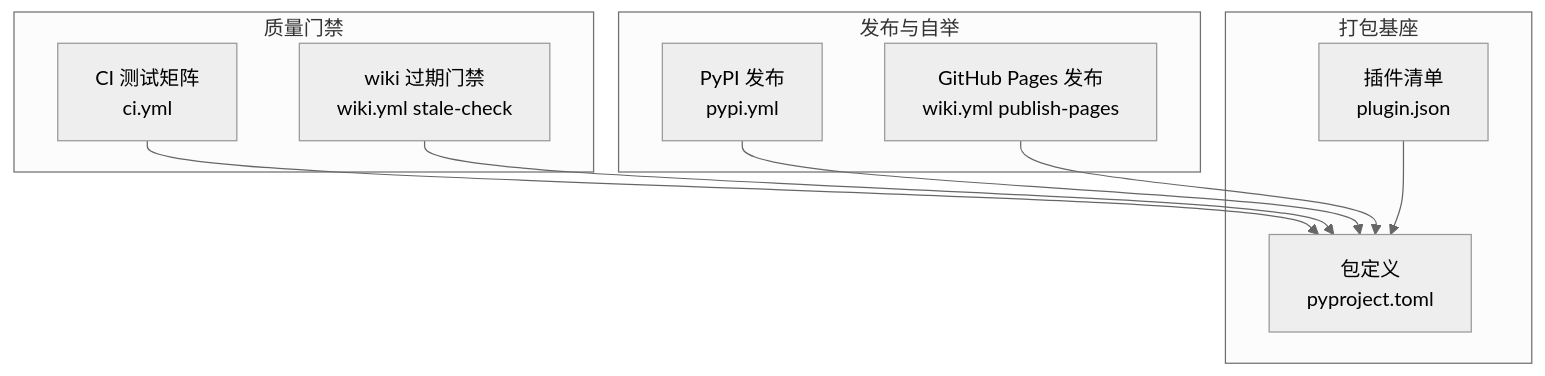
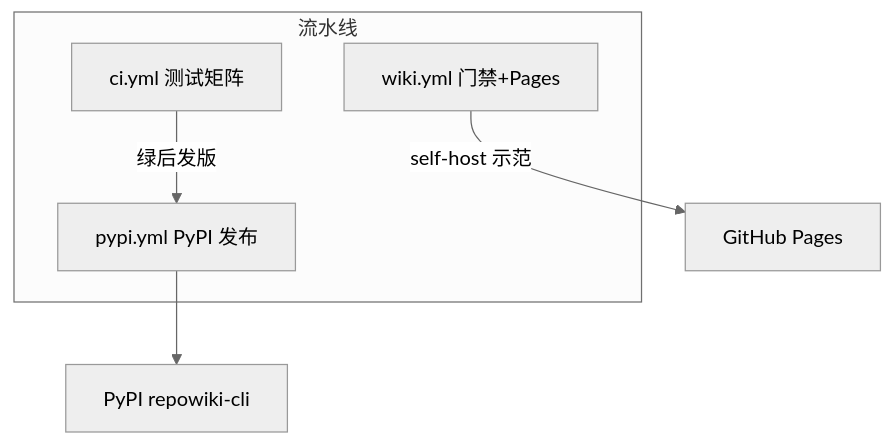
The first of 3 diagrams in .repowiki/zh/content/测试与工程化/CI 与发布流水线.md (luomsis/repowiki), drawn with Mermaid (neutral theme) before and after one commit. The commit also changed other lines of this file and 100 other files, not shown here.

````diff
--- a/.repowiki/zh/content/测试与工程化/CI 与发布流水线.md
+++ b/.repowiki/zh/content/测试与工程化/CI 与发布流水线.md
@@ -37,20 +40,11 @@
 ```mermaid
 graph TB
-subgraph "质量门禁"
-CI["CI 测试矩阵<br/>ci.yml"]
-STALE["wiki 过期门禁<br/>wiki.yml stale-check"]
+subgraph "流水线"
+CIJ["ci.yml 测试矩阵"]
+PYJ["pypi.yml PyPI 发布"]
+WIJ["wiki.yml 门禁+Pages"]
 end
-subgraph "发布与自举"
-PYPI["PyPI 发布<br/>pypi.yml"]
-PAGES["GitHub Pages 发布<br/>wiki.yml publish-pages"]
-end
-subgraph "打包基座"
-PYPROJ["包定义<br/>pyproject.toml"]
-PLUGIN["插件清单<br/>plugin.json"]
-end
-CI --> PYPROJ
-PYPI --> PYPROJ
-STALE --> PYPROJ
-PAGES --> PYPROJ
-PLUGIN --> PYPROJ
+CIJ -->|"绿后发版"| PYJ
+WIJ -->|"self-host 示范"| PAGES["GitHub Pages"]
+PYJ --> PKG["PyPI repowiki-cli"]
 ```
````
